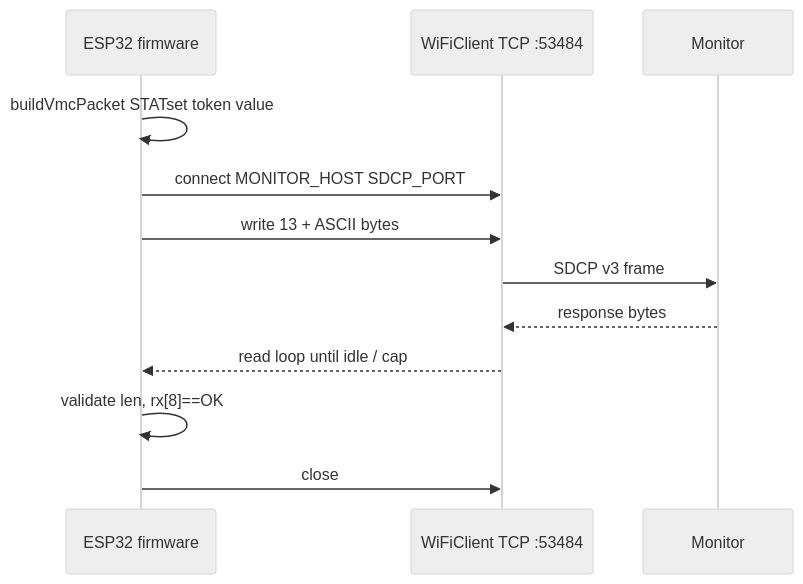
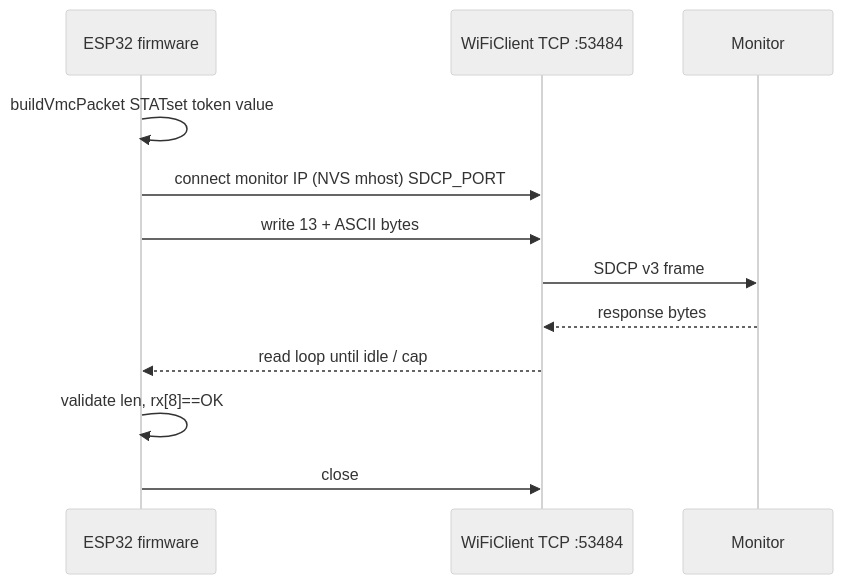
Before and after one commit to andrew867/MonitorControlSDK: the fifth of 13 diagrams in docs/diagrams/monitor-control-flows.md, drawn with Mermaid (neutral theme). The commit also changed other lines of this file and 8 other files, not shown here.

````diff
--- a/docs/diagrams/monitor-control-flows.md
+++ b/docs/diagrams/monitor-control-flows.md
@@ -148,15 +149,15 @@
 ```mermaid
 sequenceDiagram
   participant F as ESP32 firmware
   participant W as WiFiClient TCP :53484
   participant M as Monitor
 
   F->>F: buildVmcPacket STATset token value
-  F->>W: connect MONITOR_HOST SDCP_PORT
+  F->>W: connect monitor IP (NVS mhost) SDCP_PORT
   F->>W: write 13 + ASCII bytes
   W->>M: SDCP v3 frame
   M-->>W: response bytes
   W-->>F: read loop until idle / cap
   F->>F: validate len, rx[8]==OK
   F->>W: close
 ```
````
